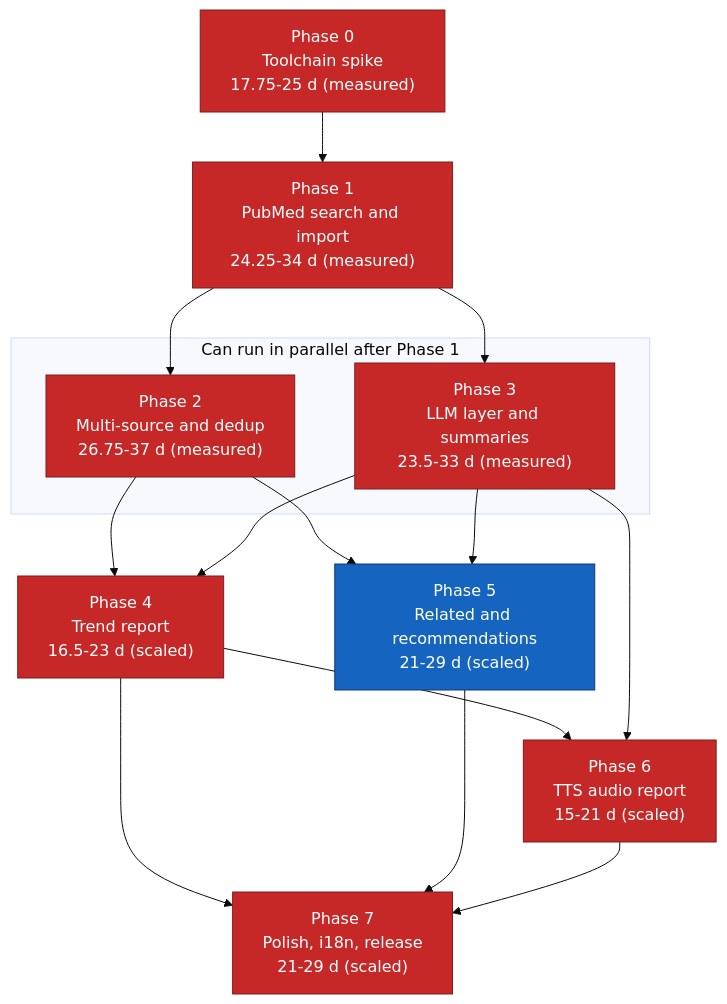
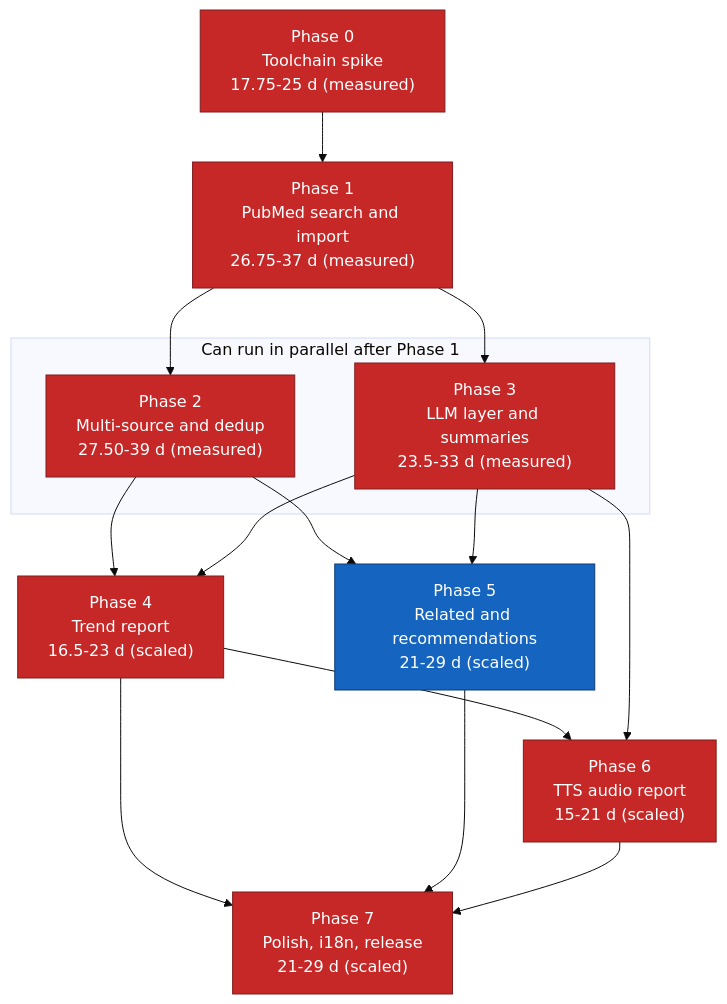
Before and after one commit to suppakoko/research_helper: the diagram in docs/11-implementation-roadmap.md, drawn with Mermaid (base theme). The commit also changed other lines of this file and 4 other files, not shown here.

````diff
--- a/docs/11-implementation-roadmap.md
+++ b/docs/11-implementation-roadmap.md
@@ -326,34 +326,34 @@
 ```mermaid
 graph TD
     P0["Phase 0<br/>Toolchain spike<br/>17.75-25 d (measured)"]
-    P1["Phase 1<br/>PubMed search and import<br/>24.25-34 d (measured)"]
-    P2["Phase 2<br/>Multi-source and dedup<br/>26.75-37 d (measured)"]
+    P1["Phase 1<br/>PubMed search and import<br/>26.75-37 d (measured)"]
+    P2["Phase 2<br/>Multi-source and dedup<br/>27.50-39 d (measured)"]
     P3["Phase 3<br/>LLM layer and summaries<br/>23.5-33 d (measured)"]
     P4["Phase 4<br/>Trend report<br/>16.5-23 d (scaled)"]
     P5["Phase 5<br/>Related and recommendations<br/>21-29 d (scaled)"]
     P6["Phase 6<br/>TTS audio report<br/>15-21 d (scaled)"]
     P7["Phase 7<br/>Polish, i18n, release<br/>21-29 d (scaled)"]
 
     P0 --> P1
     P1 --> P2
     P1 --> P3
     P2 --> P4
     P3 --> P4
     P2 --> P5
     P3 --> P5
     P4 --> P6
     P3 --> P6
     P4 --> P7
     P5 --> P7
     P6 --> P7
 
     subgraph parallel["Can run in parallel after Phase 1"]
         P2
         P3
     end
 
     classDef critical fill:#c62828,stroke:#7f1d1d,color:#ffffff
     classDef normal fill:#1565c0,stroke:#0d3c73,color:#ffffff
     class P0,P1,P2,P3,P4,P6,P7 critical
     class P5 normal
 ```
````
